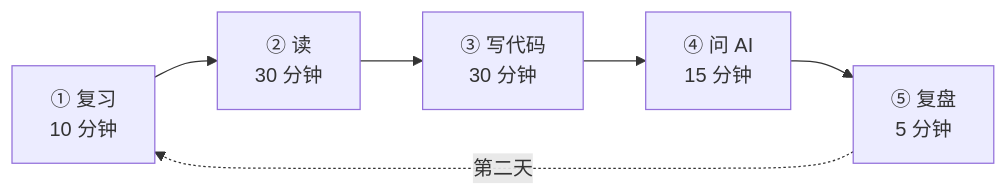
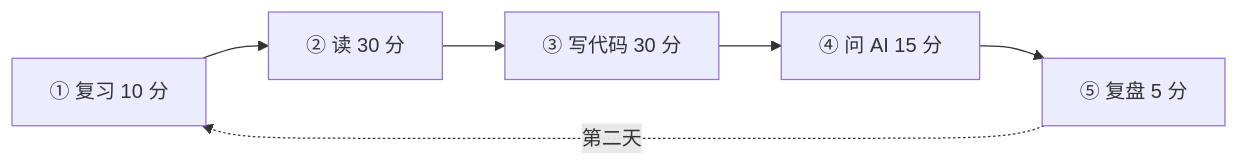
The fourth of 4 diagrams in roadmap.md (chenguanji0711/java-to-ai-roadmap), drawn with Mermaid before and after one commit. The commit also changed other lines of this file, not shown here.

First line of the commit message:
docs: 修复 Mermaid 在 GitHub 的横向溢出

````diff
--- a/roadmap.md
+++ b/roadmap.md
@@ -633,5 +633,5 @@
 ```mermaid
 flowchart LR
-    A["① 复习<br/>10 分钟"] --> B["② 读<br/>30 分钟"] --> C["③ 写代码<br/>30 分钟"] --> D["④ 问 AI<br/>15 分钟"] --> E["⑤ 复盘<br/>5 分钟"]
+    A["① 复习 10 分"] --> B["② 读 30 分"] --> C["③ 写代码 30 分"] --> D["④ 问 AI 15 分"] --> E["⑤ 复盘 5 分"]
     E -.->|第二天| A
 ```
````
